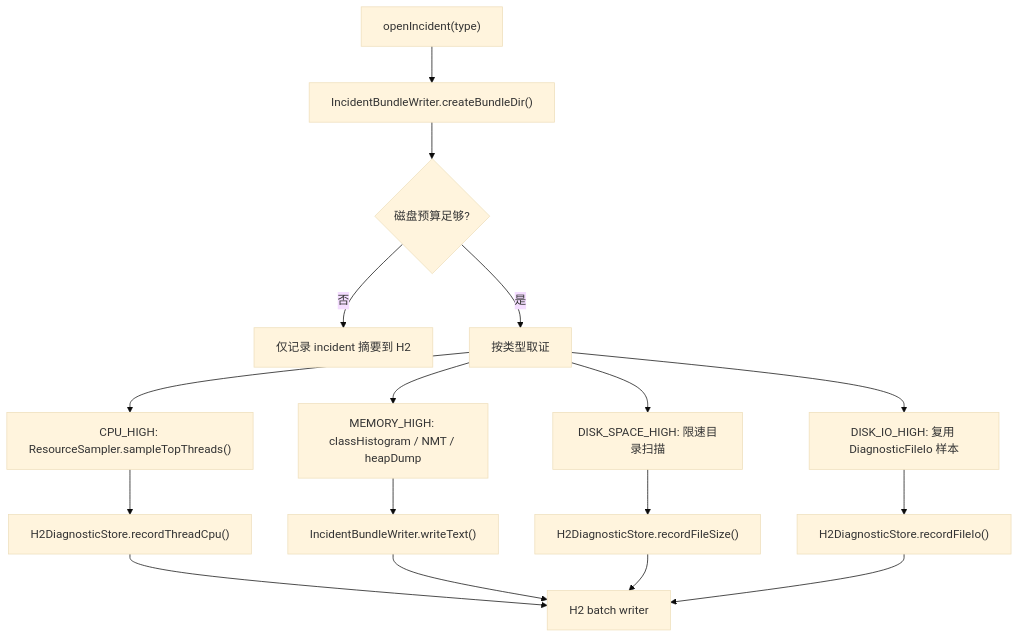
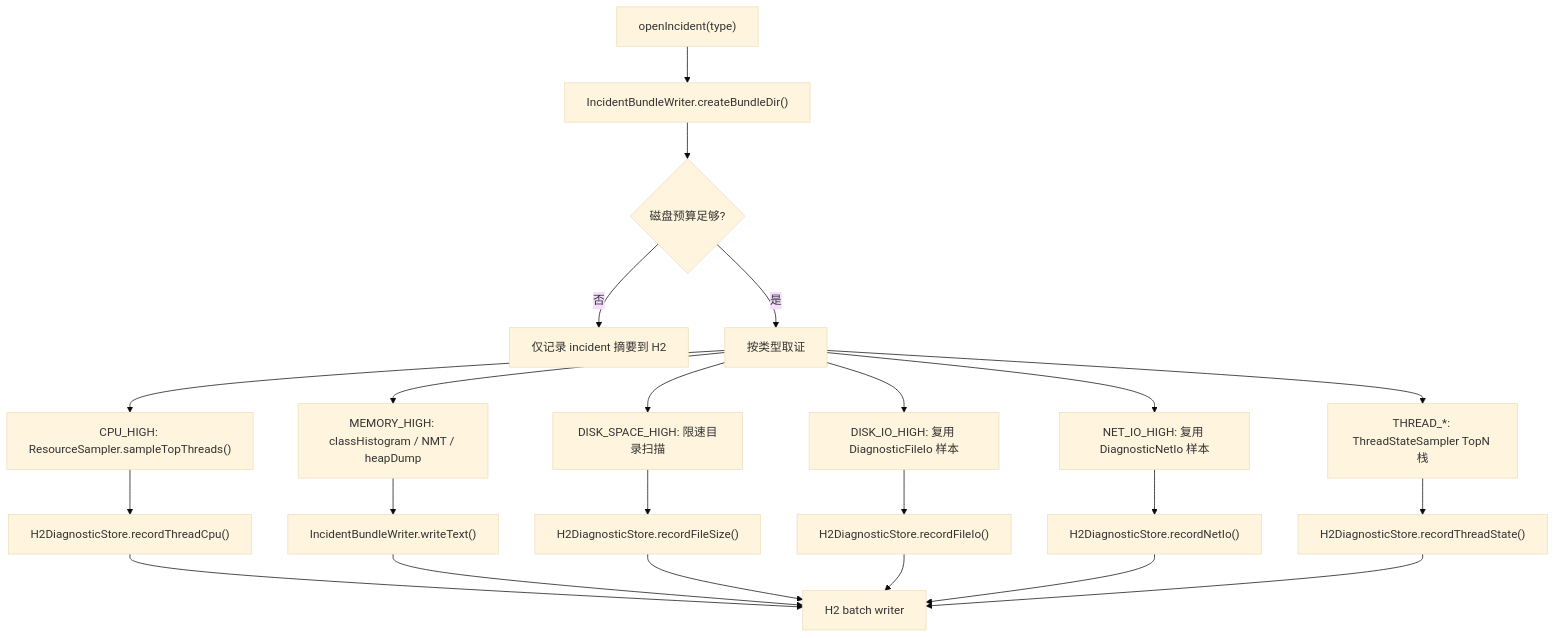
Before and after one commit to RockyLOMO/rxlib: the second of 4 diagrams in docs/ProductionStackTraceMonitorPlan.md, drawn with Mermaid (base theme). The commit also changed other lines of this file and 17 other files, not shown here.

````diff
--- a/docs/ProductionStackTraceMonitorPlan.md
+++ b/docs/ProductionStackTraceMonitorPlan.md
@@ -223,19 +258,25 @@
 ```mermaid
 flowchart TD
     A["openIncident(type)"] --> B["IncidentBundleWriter.createBundleDir()"]
     B --> C{"磁盘预算足够?"}
     C -->|否| D["仅记录 incident 摘要到 H2"]
     C -->|是| E["按类型取证"]
     E --> F["CPU_HIGH: ResourceSampler.sampleTopThreads()"]
     E --> G["MEMORY_HIGH: classHistogram / NMT / heapDump"]
     E --> H["DISK_SPACE_HIGH: 限速目录扫描"]
     E --> I["DISK_IO_HIGH: 复用 DiagnosticFileIo 样本"]
+    E --> O["NET_IO_HIGH: 复用 DiagnosticNetIo 样本"]
+    E --> P["THREAD_*: ThreadStateSampler TopN 栈"]
     F --> J["H2DiagnosticStore.recordThreadCpu()"]
     G --> K["IncidentBundleWriter.writeText()"]
     H --> L["H2DiagnosticStore.recordFileSize()"]
     I --> M["H2DiagnosticStore.recordFileIo()"]
+    O --> Q["H2DiagnosticStore.recordNetIo()"]
+    P --> R["H2DiagnosticStore.recordThreadState()"]
     J --> N["H2 batch writer"]
     K --> N
     L --> N
     M --> N
+    Q --> N
+    R --> N
 ```
````
